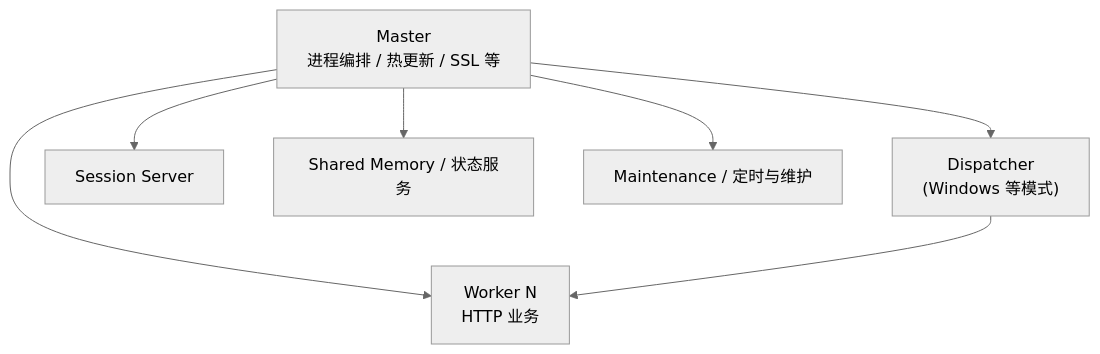
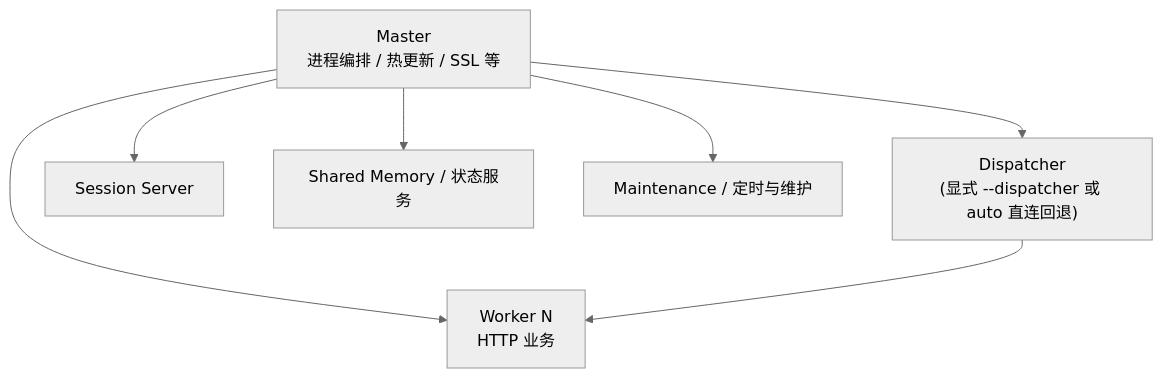
Before and after one commit to Aiweline/WelineFramework: the fourth of 4 diagrams in docs/weline/架构总览.md, drawn with Mermaid (neutral theme). The commit also changed 5 other files, not shown here.

````diff
--- a/docs/weline/架构总览.md
+++ b/docs/weline/架构总览.md
@@ -159,16 +159,16 @@
 ```mermaid
 flowchart TB
   MP["Master\n进程编排 / 热更新 / SSL 等"]
-  DP["Dispatcher\n(Windows 等模式)"]
+  DP["Dispatcher\n(显式 --dispatcher 或 auto 直连回退)"]
   WK["Worker N\nHTTP 业务"]
   SS["Session Server"]
   MS["Shared Memory / 状态服务"]
   MW["Maintenance / 定时与维护"]
 
   MP --> DP
   MP --> WK
   MP --> SS
   MP --> MS
   MP --> MW
   DP --> WK
 ```
````
